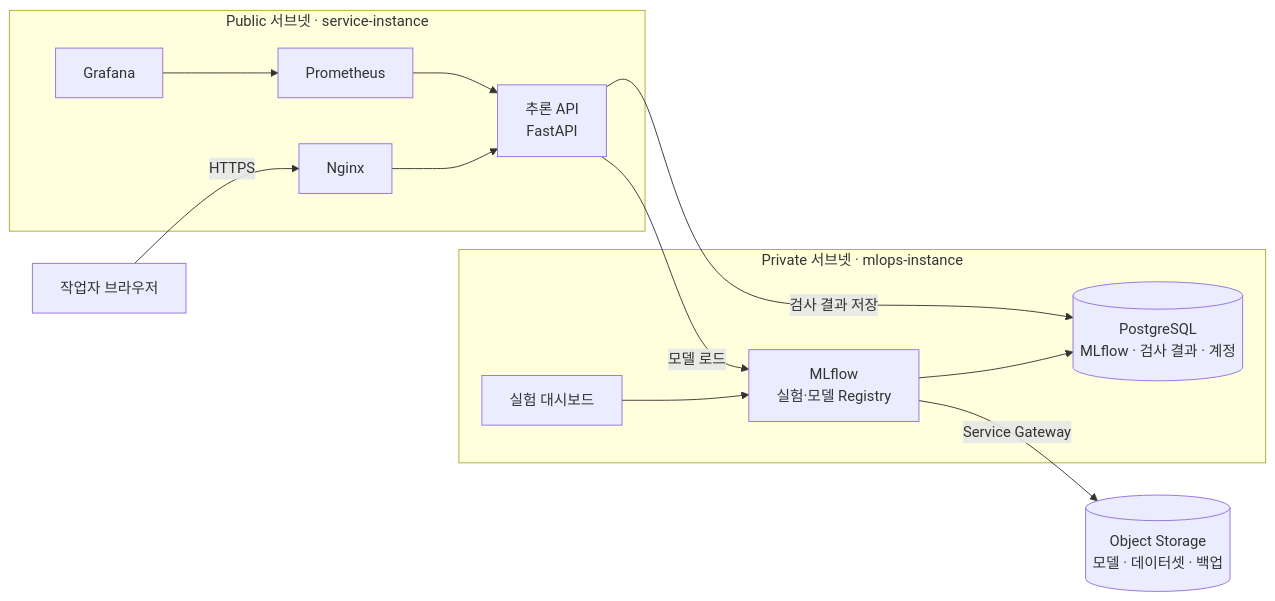
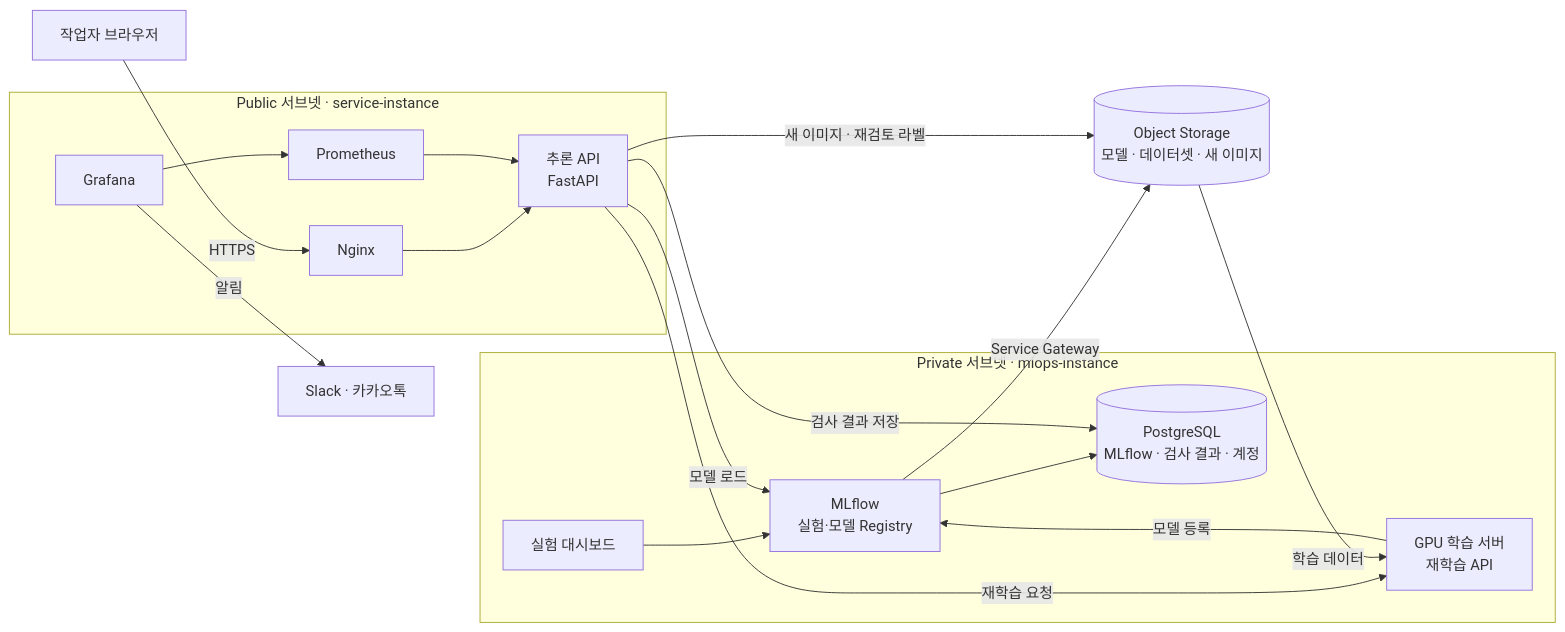
Before and after one commit to 1230seongjun/ksdd2-mlops: the second of 3 diagrams in README.md, drawn with Mermaid. The commit also changed other lines of this file and 2 other files, not shown here.

Commit message:
docs: README 최신화 (모델 v5 성능, 재검토 · 재학습 · 알림, 구조도 · 시나리오 교체)

````diff
--- a/README.md
+++ b/README.md
@@ -216,22 +271,28 @@
 ```mermaid
 flowchart LR
   user[작업자 브라우저] -->|HTTPS| nginx
 
   subgraph pub[Public 서브넷 · service-instance]
     nginx[Nginx] --> api[추론 API<br/>FastAPI]
     prom[Prometheus] --> api
     graf[Grafana] --> prom
   end
 
   subgraph priv[Private 서브넷 · mlops-instance]
     mlflow[MLflow<br/>실험·모델 Registry]
     pg[(PostgreSQL<br/>MLflow · 검사 결과 · 계정)]
     exui[실험 대시보드]
+    gpu[GPU 학습 서버<br/>재학습 API]
     mlflow --> pg
     exui --> mlflow
+    gpu -->|모델 등록| mlflow
   end
 
   api -->|모델 로드| mlflow
   api -->|검사 결과 저장| pg
-  mlflow -->|Service Gateway| os[(Object Storage<br/>모델 · 데이터셋 · 백업)]
+  api -->|재학습 요청| gpu
+  graf -->|알림| alert[Slack · 카카오톡]
+  mlflow -->|Service Gateway| os[(Object Storage<br/>모델 · 데이터셋 · 새 이미지)]
+  api -->|새 이미지 · 재검토 라벨| os
+  os -->|학습 데이터| gpu
 ```
````
